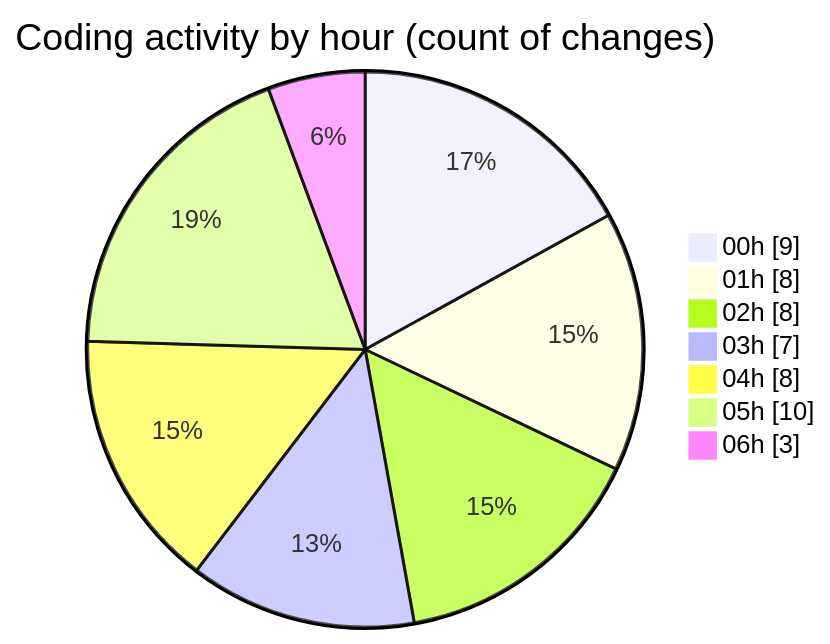
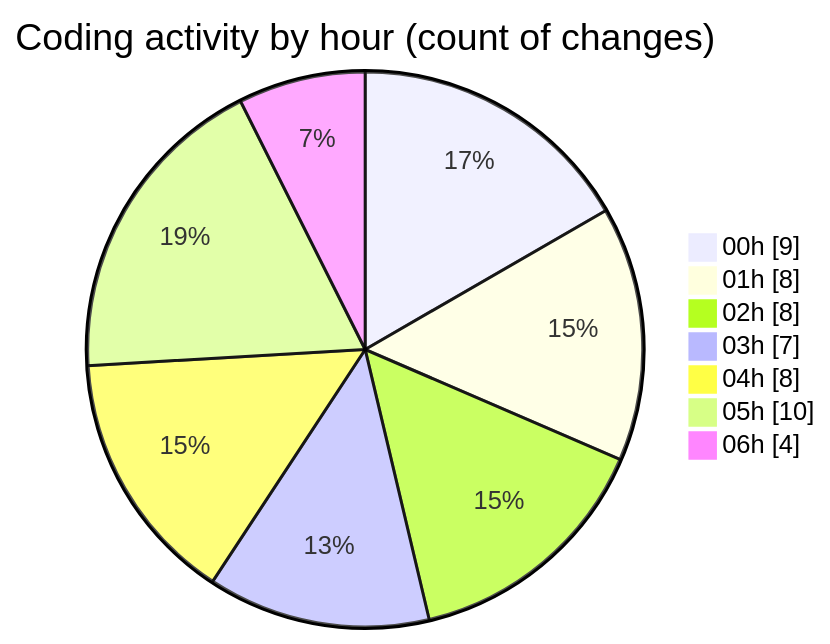
One commit to jrari/code-tracking changed the second of 2 diagrams in 2025-07-14/telebot/README.md. Above: the diagram before and after it, drawn with Mermaid. The commit also changed other lines of this file and 1 other file, not shown here.

````diff
--- a/2025-07-14/telebot/README.md
+++ b/2025-07-14/telebot/README.md
@@ -53,11 +53,11 @@
 ```mermaid
 pie showData
 title Coding activity by hour (count of changes)
 "00h" : 9
 "01h" : 8
 "02h" : 8
 "03h" : 7
 "04h" : 8
 "05h" : 10
-"06h" : 3
+"06h" : 4
 ```
````
